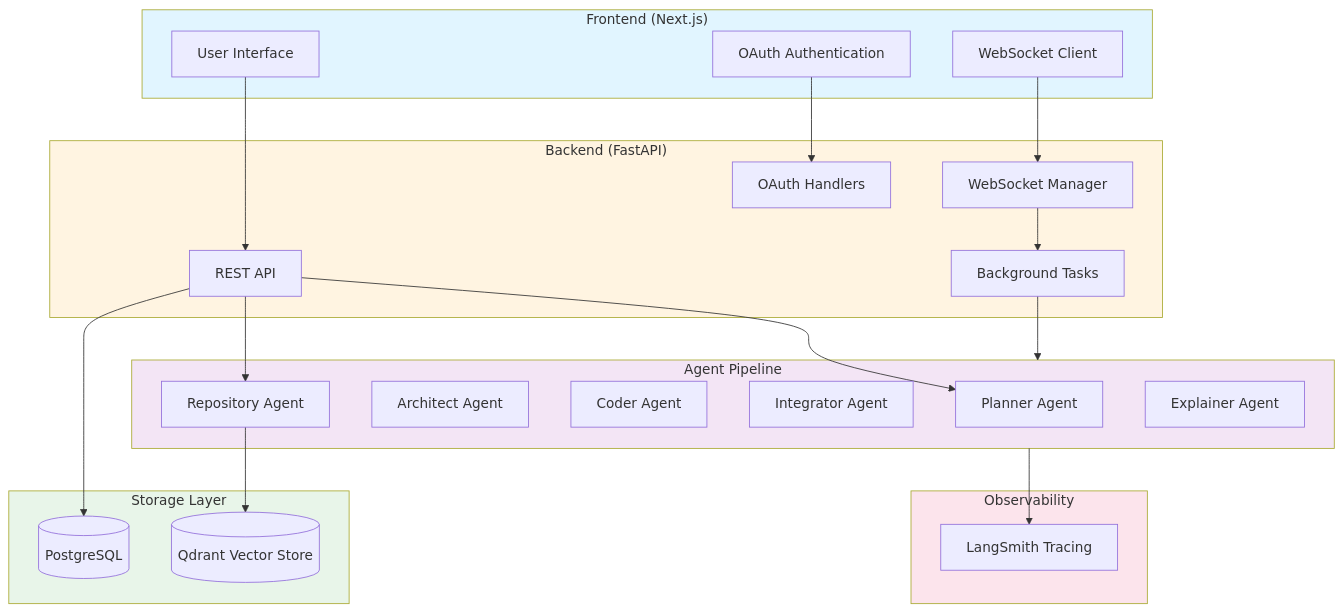
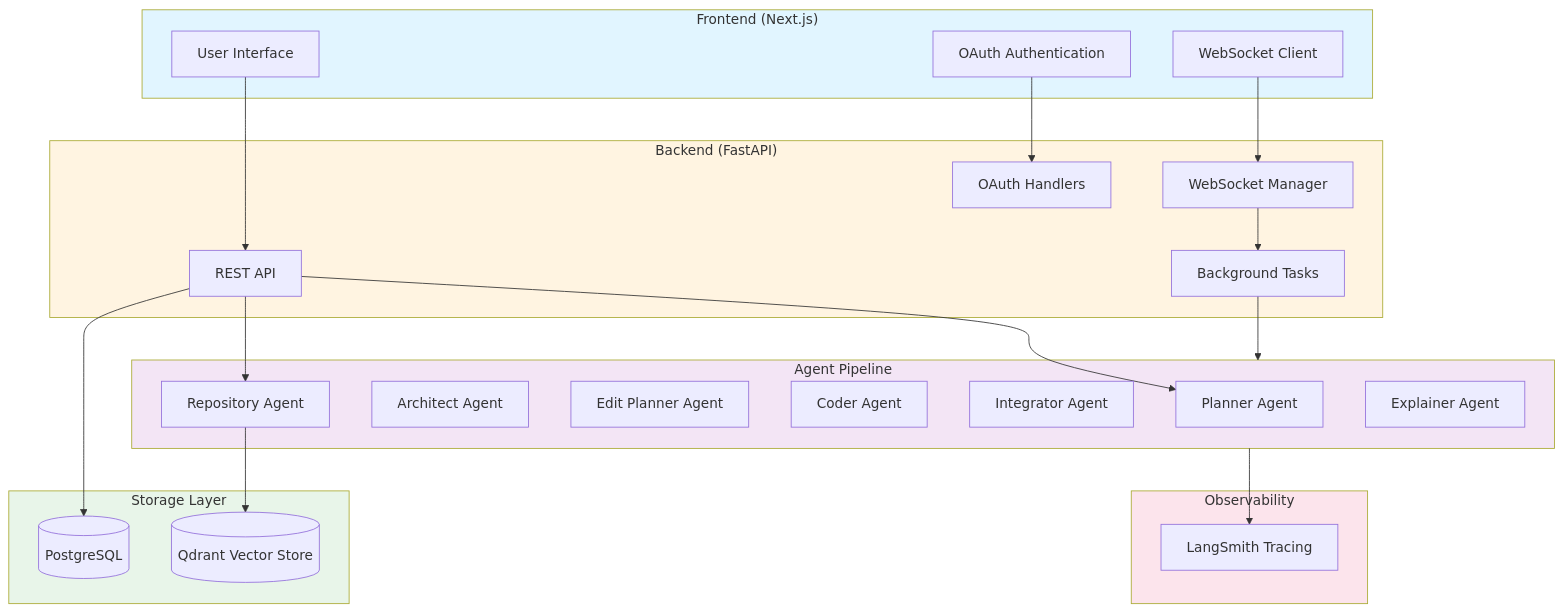
One commit to adityaxxz/Adra-AI changed the first of 4 diagrams in README.md. Above: the diagram before and after it, drawn with Mermaid. The commit also changed other lines of this file and 1 other file, not shown here.

Commit message:
docs: document edit_planner node; gitignore adraai-heroku-upgrades.md

````diff
--- a/README.md
+++ b/README.md
@@ -27,50 +27,51 @@
 ```mermaid
 flowchart TB
     subgraph Frontend["Frontend (Next.js)"]
         UI[User Interface]
         Auth[OAuth Authentication]
         WS[WebSocket Client]
     end
     
     subgraph Backend["Backend (FastAPI)"]
         API[REST API]
         OAuth[OAuth Handlers]
         WSManager[WebSocket Manager]
         BGTasks[Background Tasks]
     end
     
     subgraph Storage["Storage Layer"]
         PG[(PostgreSQL)]
         Qdrant[(Qdrant Vector Store)]
     end
     
     subgraph Agents["Agent Pipeline"]
         Planner[Planner Agent]
         Architect[Architect Agent]
+        EditPlanner[Edit Planner Agent]
         Coder[Coder Agent]
         Integrator[Integrator Agent]
         RepoAgent[Repository Agent]
         Explainer[Explainer Agent]
     end
 
     subgraph Observability["Observability"]
         LS[LangSmith Tracing]
     end
     
     UI --> API
     Auth --> OAuth
     WS --> WSManager
     API --> Planner
     API --> RepoAgent
     WSManager --> BGTasks
     BGTasks --> Agents
     API --> PG
     RepoAgent --> Qdrant
     Agents --> LS
     
     style Frontend fill:#e1f5ff
     style Backend fill:#fff4e1
     style Storage fill:#e8f5e9
     style Agents fill:#f3e5f5
     style Observability fill:#fce4ec
 ```
````
